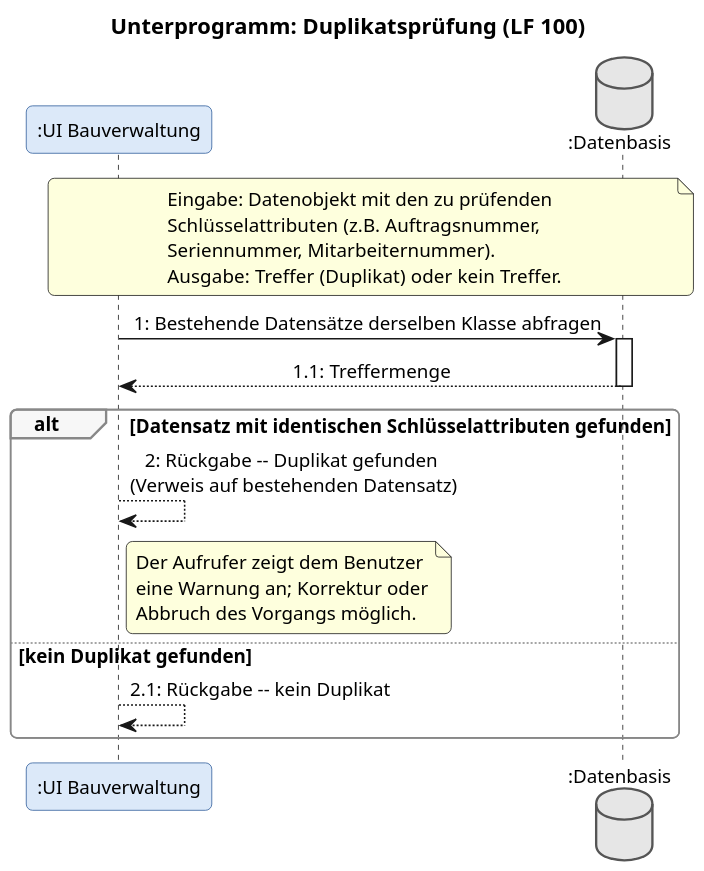
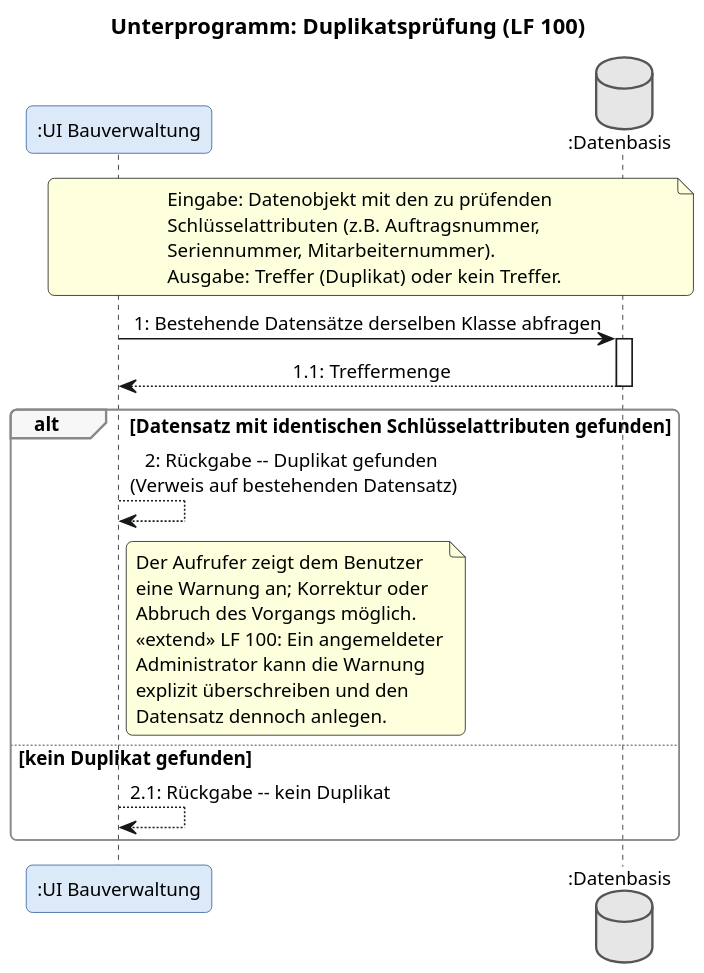
Before and after one commit to DaniPolishchuk/SWEProjekt: the diagram in assets/SD_Unterprogramm_Duplikatspruefung.puml, drawn with PlantUML. The commit also changed 14 other files, not shown here.

Commit message:
Inkonsistenzen in Sequenz- Aktivitäts- und unterdiagrammen gefixxed

```diff
--- a/assets/SD_Unterprogramm_Duplikatspruefung.puml
+++ b/assets/SD_Unterprogramm_Duplikatspruefung.puml
@@ -1,60 +1,64 @@
 @startuml SD_Unterprogramm_Duplikatspruefung
 title Unterprogramm: Duplikatsprüfung (LF 100)
 
 skinparam dpi 150
 skinparam defaultFontName "Helvetica"
 skinparam defaultFontSize 12
 skinparam sequenceMessageAlign center
 skinparam sequenceArrowThickness 1
 skinparam roundCorner 8
 skinparam BoxPadding 14
 
 <style>
 participant {
   padding 12
 }
 </style>
 skinparam SequenceGroupBorderThickness 1
 
 skinparam ParticipantBackgroundColor #DCE9F9
 skinparam ParticipantBorderColor #2E5C9A
 skinparam DatabaseBackgroundColor #E6E6E6
 skinparam DatabaseBorderColor #555555
 skinparam sequence {
     GroupBackgroundColor #F7F7F7
     GroupBorderColor     #888888
 }
 
 ' ====================================================
 '  Dieses Unterprogramm kapselt die in LF 100
 '  geforderte Duplikatsprüfung vor jeder Neuanlage
 '  (Arbeitsauftrag, Mitarbeiter, Gerät u.a.).
 ' ====================================================
 
 participant ":UI Bauverwaltung" as UI #DCE9F9
 database    ":Datenbasis"        as DB #E6E6E6
 
 note over UI, DB
   Eingabe: Datenobjekt mit den zu prüfenden
   Schlüsselattributen (z.B. Auftragsnummer,
   Seriennummer, Mitarbeiternummer).
   Ausgabe: Treffer (Duplikat) oder kein Treffer.
 end note
 
 UI -> DB: 1: Bestehende Datensätze derselben Klasse abfragen
 activate DB
 DB --> UI: 1.1: Treffermenge
 deactivate DB
 
 alt Datensatz mit identischen Schlüsselattributen gefunden
     UI --> UI: 2: Rückgabe -- Duplikat gefunden \n(Verweis auf bestehenden Datensatz)
     note right of UI
       Der Aufrufer zeigt dem Benutzer
       eine Warnung an; Korrektur oder
       Abbruch des Vorgangs möglich.
+      <<extend>> LF 100: Ein angemeldeter
+      Administrator kann die Warnung
+      explizit überschreiben und den
+      Datensatz dennoch anlegen.
     end note
 else kein Duplikat gefunden
     UI --> UI: 2.1: Rückgabe -- kein Duplikat
 end
 
 @enduml
```
